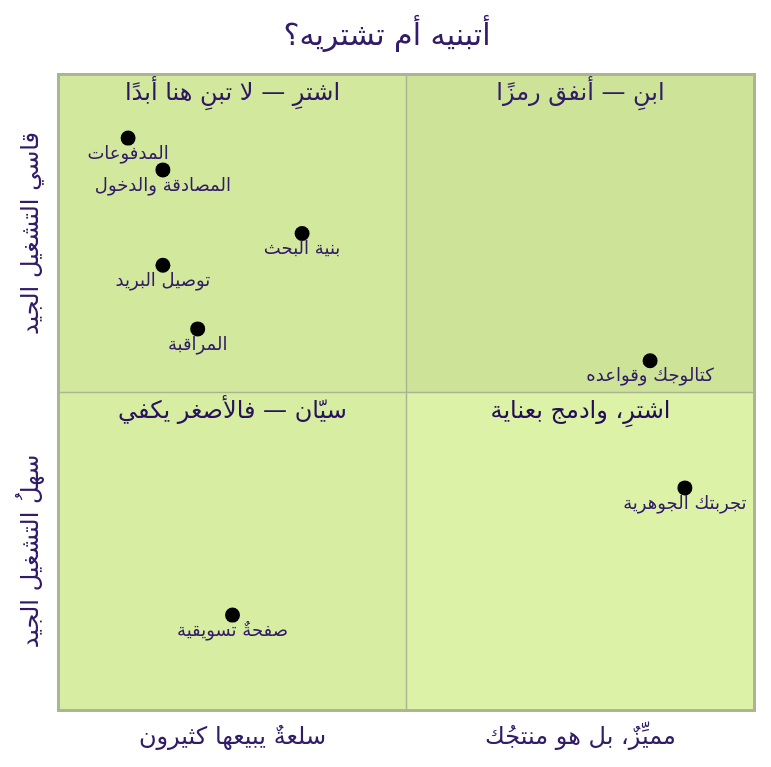
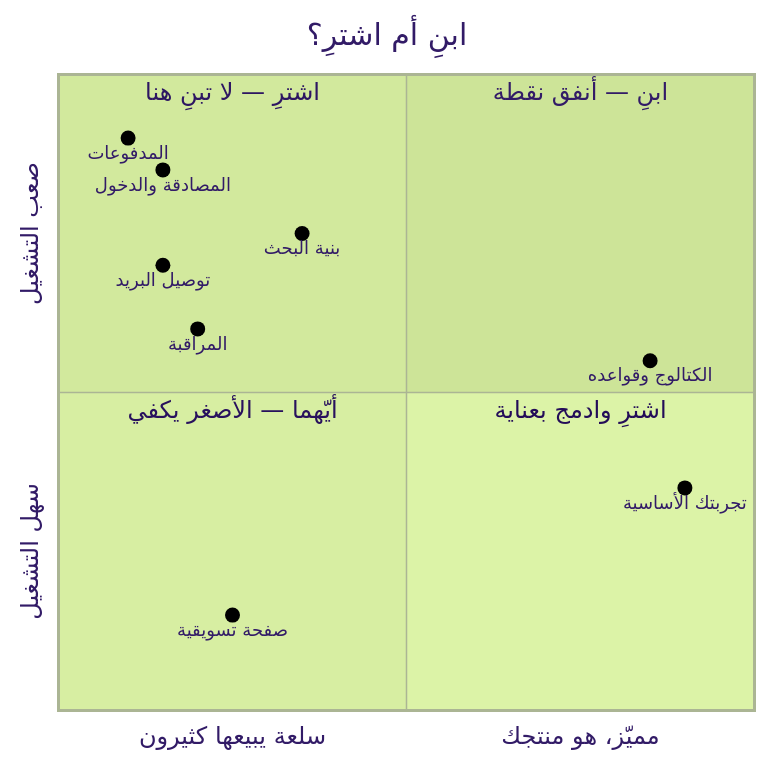
One commit to Tamoura/system-design-for-vibe-coders changed the third of 3 diagrams in modules/0-the-gap/the-gap.ar.md. Above: the diagram before and after it, drawn with Mermaid (forest theme). The commit also changed other lines of this file and 5 other files, not shown here.

````diff
--- a/modules/0-the-gap/the-gap.ar.md
+++ b/modules/0-the-gap/the-gap.ar.md
@@ -185,18 +185,18 @@
 ```mermaid
 quadrantChart
-    title أتبنيه أم تشتريه؟
-    x-axis "سلعةٌ يبيعها كثيرون" --> "مميِّزٌ، بل هو منتجُك"
-    y-axis "سهلُ التشغيل الجيد" --> "قاسي التشغيل الجيد"
-    quadrant-1 "ابنِ — أنفق رمزًا"
-    quadrant-2 "اشترِ — لا تبنِ هنا أبدًا"
-    quadrant-3 "سيّان — فالأصغر يكفي"
-    quadrant-4 "اشترِ، وادمج بعناية"
+    title ابنِ أم اشترِ؟
+    x-axis "سلعة يبيعها كثيرون" --> "مميّز، هو منتجك"
+    y-axis "سهل التشغيل" --> "صعب التشغيل"
+    quadrant-1 "ابنِ — أنفق نقطة"
+    quadrant-2 "اشترِ — لا تبنِ هنا"
+    quadrant-3 "أيّهما — الأصغر يكفي"
+    quadrant-4 "اشترِ وادمج بعناية"
     "المصادقة والدخول": [0.15, 0.85]
     "المدفوعات": [0.1, 0.9]
     "توصيل البريد": [0.15, 0.7]
     "بنية البحث": [0.35, 0.75]
     "المراقبة": [0.2, 0.6]
-    "كتالوجك وقواعده": [0.85, 0.55]
-    "تجربتك الجوهرية": [0.9, 0.35]
-    "صفحةٌ تسويقية": [0.25, 0.15]
+    "الكتالوج وقواعده": [0.85, 0.55]
+    "تجربتك الأساسية": [0.9, 0.35]
+    "صفحة تسويقية": [0.25, 0.15]
 ```
````
